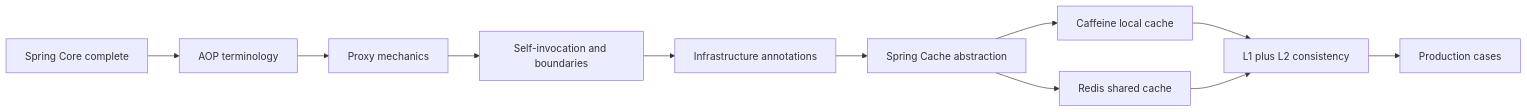
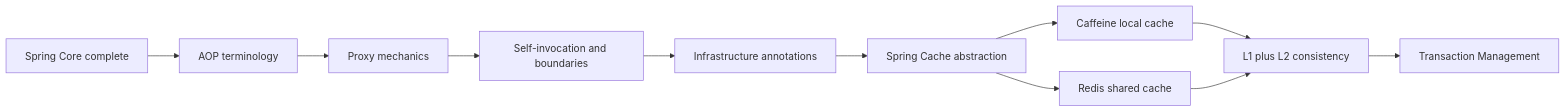
One commit to alimbetov/obsidian changed the diagram in 30_CERTIFICATIONS/Spring/2V0-72.22/Spring AOP and Cache Roadmap.md. Above: the diagram before and after it, drawn with Mermaid. The commit also changed other lines of this file, not shown here.

Commit message:
Link published transaction route from AOP roadmap

````diff
--- a/30_CERTIFICATIONS/Spring/2V0-72.22/Spring AOP and Cache Roadmap.md
+++ b/30_CERTIFICATIONS/Spring/2V0-72.22/Spring AOP and Cache Roadmap.md
@@ -36,13 +36,13 @@
 ```mermaid
 flowchart LR
     C[Spring Core complete] --> A[AOP terminology]
     A --> P[Proxy mechanics]
     P --> S[Self-invocation and boundaries]
     S --> I[Infrastructure annotations]
     I --> K[Spring Cache abstraction]
     K --> CF[Caffeine local cache]
     K --> R[Redis shared cache]
     CF --> L2[L1 plus L2 consistency]
     R --> L2
-    L2 --> PROD[Production cases]
+    L2 --> TX[Transaction Management]
 ```
````
